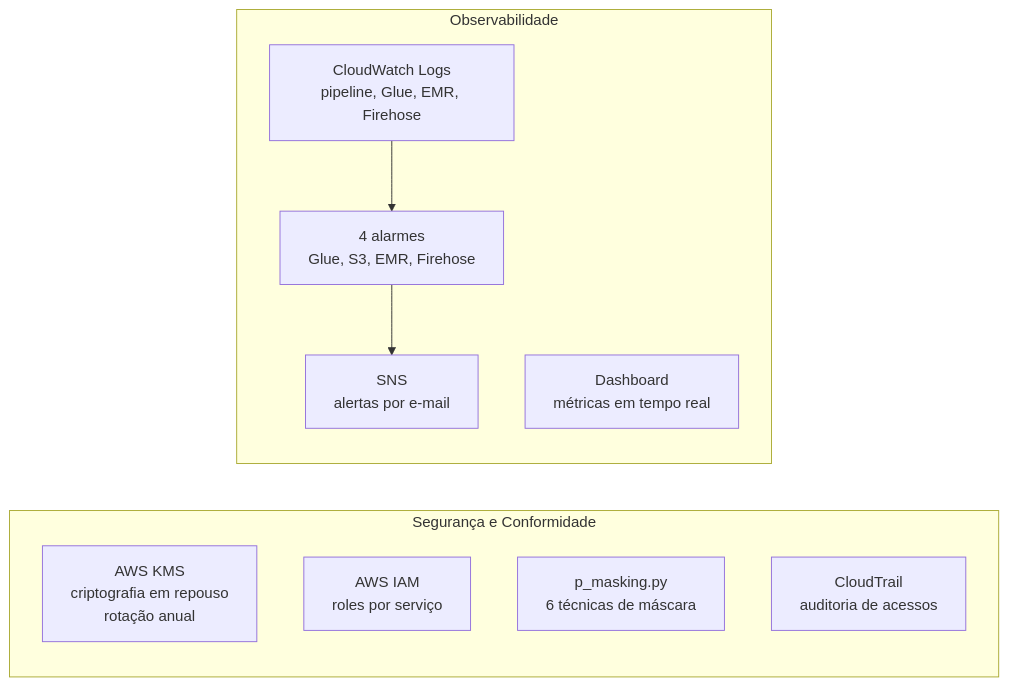
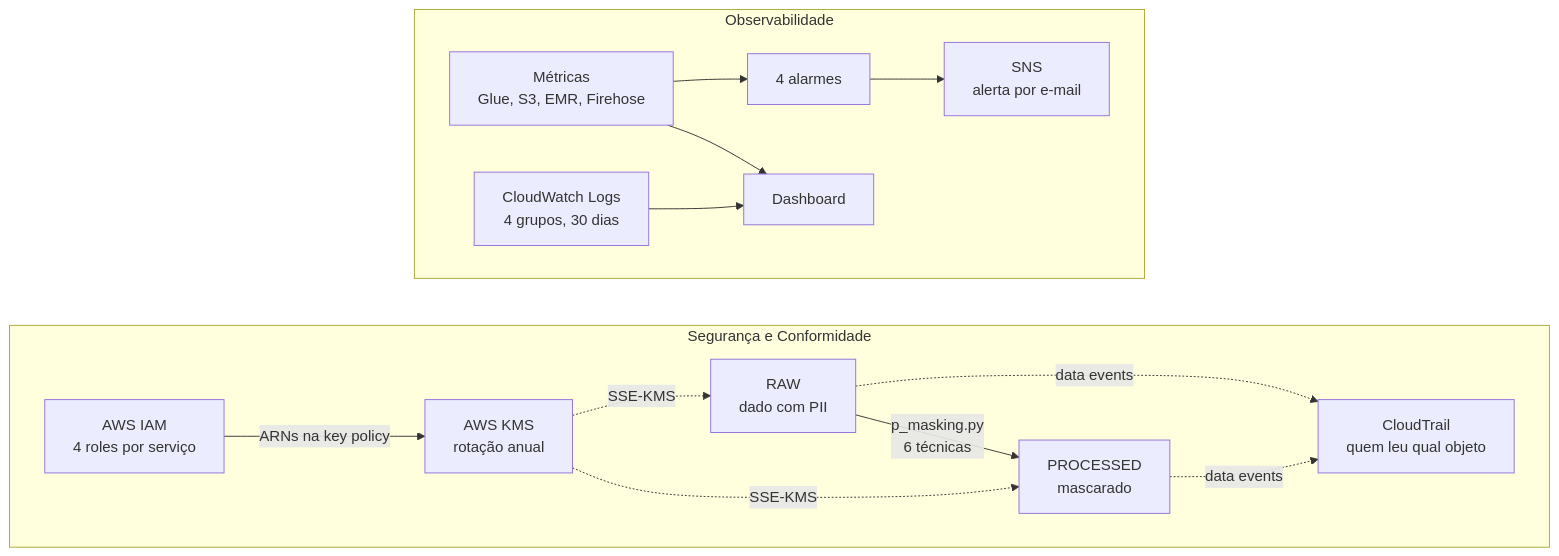
Before and after one commit to victorpereirasilva/Projeto_DM: the second of 2 diagrams in README.md, drawn with Mermaid. The commit also changed other lines of this file and 11 other files, not shown here.

````diff
--- a/README.md
+++ b/README.md
@@ -90,19 +90,31 @@
 ```mermaid
 flowchart LR
     subgraph SEG["Segurança e Conformidade"]
-        KMS["AWS KMS<br/>criptografia em repouso<br/>rotação anual"]
-        IAM["AWS IAM<br/>roles por serviço"]
-        MASK["p_masking.py<br/>6 técnicas de máscara"]
-        TRAIL["CloudTrail<br/>auditoria de acessos"]
+        direction LR
+        RAW["RAW<br/>dado com PII"]
+        PROC["PROCESSED<br/>mascarado"]
+        KMS["AWS KMS<br/>rotação anual"]
+        IAM["AWS IAM<br/>4 roles por serviço"]
+        TRAIL["CloudTrail<br/>quem leu qual objeto"]
     end
 
     subgraph OBS["Observabilidade"]
-        LOGS["CloudWatch Logs<br/>pipeline, Glue, EMR, Firehose"]
-        ALARM["4 alarmes<br/>Glue, S3, EMR, Firehose"]
-        DASH["Dashboard<br/>métricas em tempo real"]
-        SNS["SNS<br/>alertas por e-mail"]
+        direction LR
+        METRICAS["Métricas<br/>Glue, S3, EMR, Firehose"]
+        LOGS["CloudWatch Logs<br/>4 grupos, 30 dias"]
+        ALARM["4 alarmes"]
+        DASH["Dashboard"]
+        SNS["SNS<br/>alerta por e-mail"]
     end
 
-    ALARM --> SNS
-    LOGS --> ALARM
+    RAW -->|"p_masking.py<br/>6 técnicas"| PROC
+    IAM -->|ARNs na key policy| KMS
+    KMS -.->|SSE-KMS| RAW
+    KMS -.->|SSE-KMS| PROC
+    RAW -.->|data events| TRAIL
+    PROC -.->|data events| TRAIL
+
+    METRICAS --> ALARM --> SNS
+    METRICAS --> DASH
+    LOGS --> DASH
 ```
````
